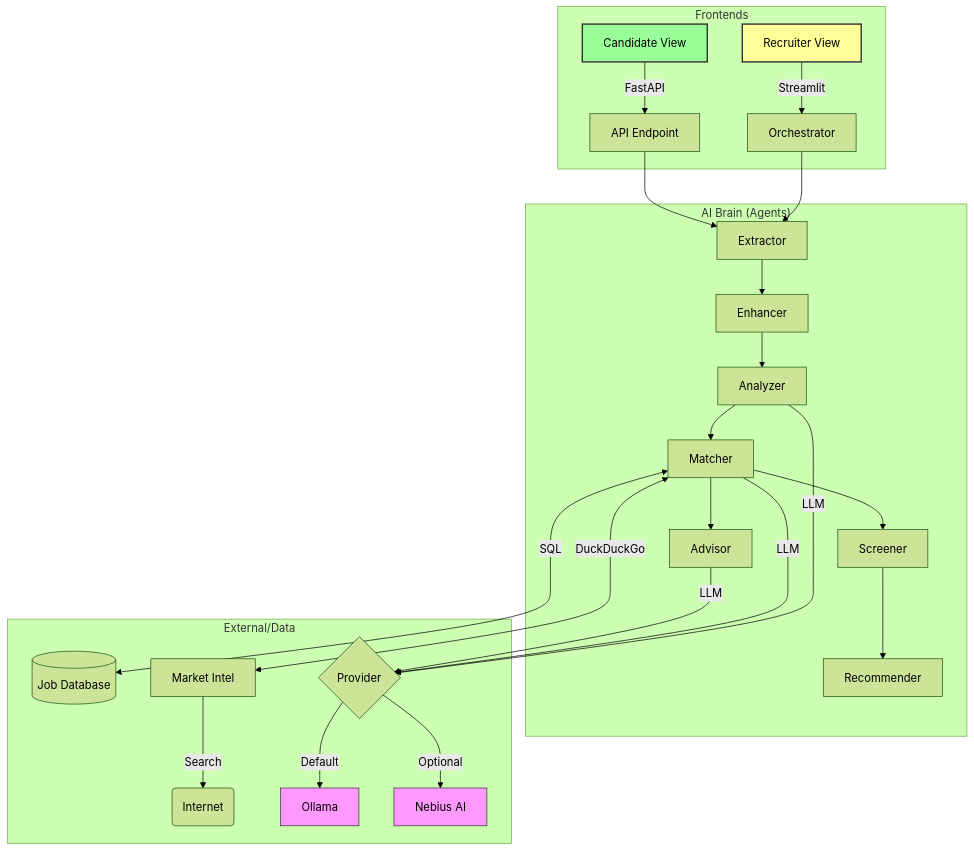
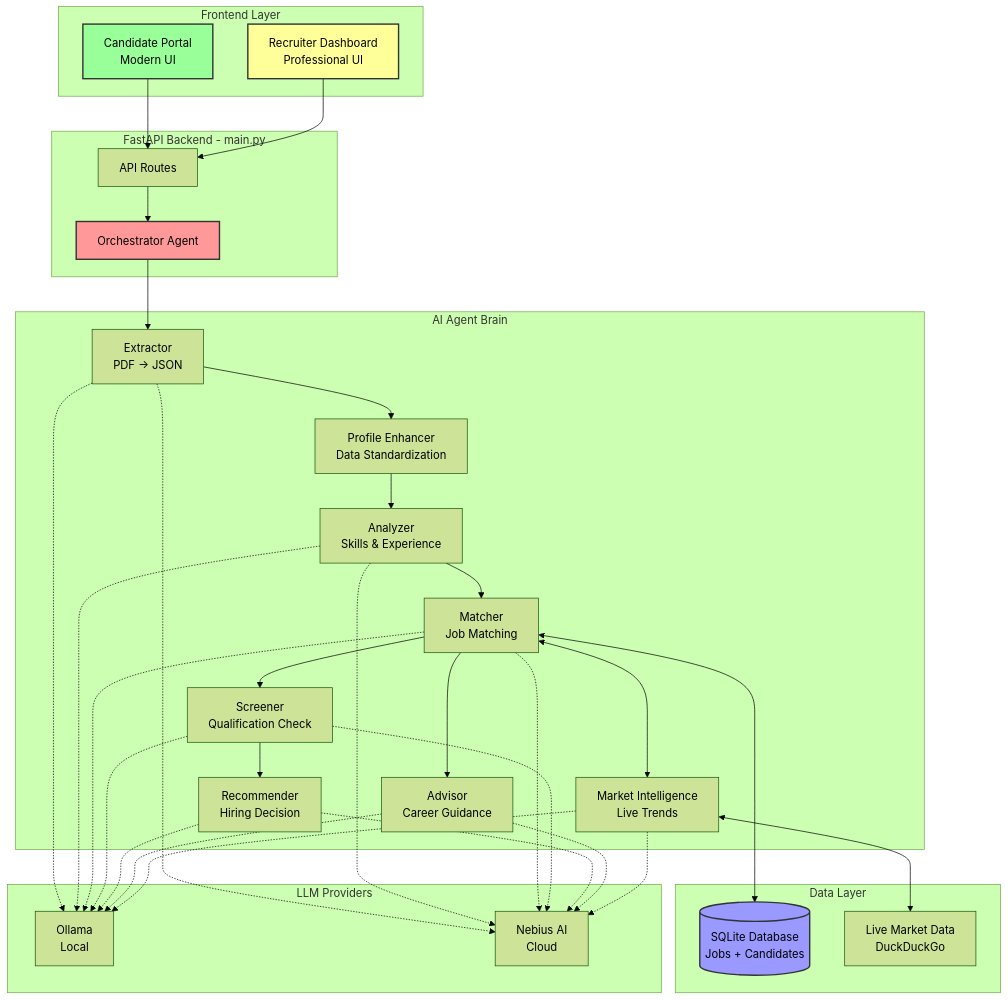
Before and after one commit to mustafa-meco/AI-Recruiter-Agency: the first of 3 diagrams in README.md, drawn with Mermaid (forest theme). The commit also changed other lines of this file and 18 other files, not shown here.

Commit message:
feat: Initialize AI Recruiter Agency platform with FastAPI, database schema, AI agent pipeline, and recruiter dashboard.

````diff
--- a/README.md
+++ b/README.md
@@ -20,32 +38,53 @@
 ```mermaid
-graph TD
-    subgraph "Frontends"
-        R[Recruiter View] -->|Streamlit| O[Orchestrator]
-        C[Candidate View] -->|FastAPI| API[API Endpoint]
-    end
-
-    subgraph "AI Brain (Agents)"
-        O & API --> EXT[Extractor]
-        EXT --> ENH[Enhancer]
-        ENH --> ANA[Analyzer]
-        ANA --> MAT[Matcher]
-        
-        MAT --> SCR[Screener]
-        MAT --> ADV[Advisor]
-        SCR --> REC[Recommender]
-    end
-
-    subgraph "External/Data"
-        MAT <-->|SQL| DB[(Job Database)]
-        MAT <-->|DuckDuckGo| MI[Market Intel]
-        MI -->|Search| NET(Internet)
-        ANA & MAT & ADV -->|LLM| PROV{Provider}
-        PROV -->|Default| OLLAMA[Ollama]
-        PROV -->|Optional| NEBIUS[Nebius AI]
+graph TB
+    subgraph "Frontend Layer"
+        CP[Candidate Portal<br/>Modern UI]
+        RD[Recruiter Dashboard<br/>Professional UI]
     end
     
-    style R fill:#ff9,stroke:#333,stroke-width:2px
-    style C fill:#9f9,stroke:#333,stroke-width:2px
-    style OLLAMA fill:#f9f,stroke:#333
-    style NEBIUS fill:#f9f,stroke:#333
+    subgraph "FastAPI Backend - main.py"
+        API[API Routes]
+        ORCH[Orchestrator Agent]
+    end
+    
+    subgraph "AI Agent Brain"
+        EXT[Extractor<br/>PDF → JSON]
+        ENH[Profile Enhancer<br/>Data Standardization]
+        ANA[Analyzer<br/>Skills & Experience]
+        MAT[Matcher<br/>Job Matching]
+        SCR[Screener<br/>Qualification Check]
+        REC[Recommender<br/>Hiring Decision]
+        ADV[Advisor<br/>Career Guidance]
+        MI[Market Intelligence<br/>Live Trends]
+    end
+    
+    subgraph "Data Layer"
+        DB[(SQLite Database<br/>Jobs + Candidates)]
+        WEB[Live Market Data<br/>DuckDuckGo]
+    end
+    
+    subgraph "LLM Providers"
+        OLLAMA[Ollama<br/>Local]
+        NEBIUS[Nebius AI<br/>Cloud]
+    end
+    
+    CP --> API
+    RD --> API
+    API --> ORCH
+    
+    ORCH --> EXT --> ENH --> ANA --> MAT
+    MAT --> SCR --> REC
+    MAT --> ADV
+    MAT <--> MI
+    
+    MAT <--> DB
+    MI <--> WEB
+    
+    EXT & ANA & MAT & SCR & REC & ADV & MI -.-> OLLAMA
+    EXT & ANA & MAT & SCR & REC & ADV & MI -.-> NEBIUS
+    
+    style CP fill:#9f9,stroke:#333,stroke-width:2px
+    style RD fill:#ff9,stroke:#333,stroke-width:2px
+    style ORCH fill:#f99,stroke:#333,stroke-width:2px
+    style DB fill:#99f,stroke:#333,stroke-width:2px
 ```
````
